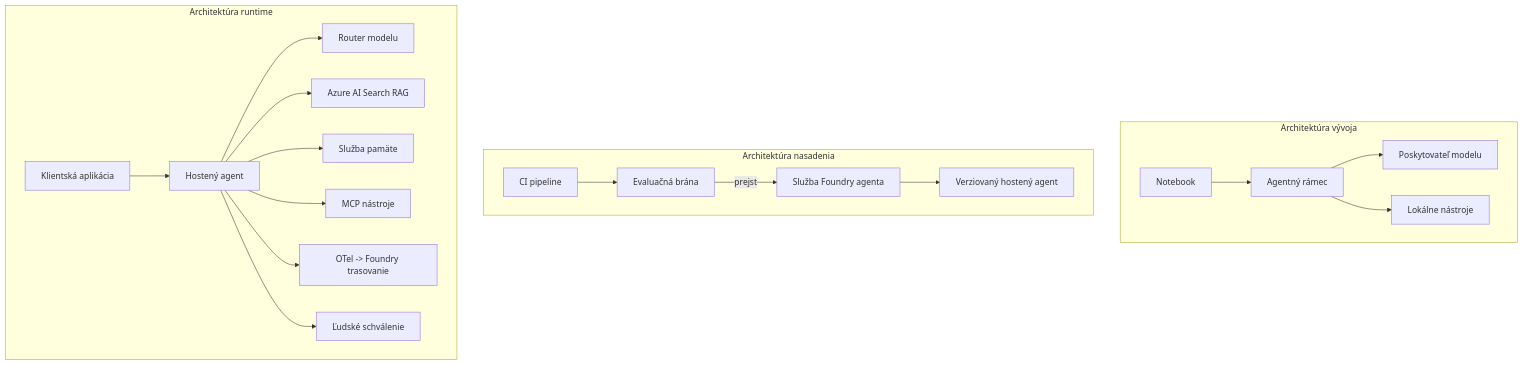
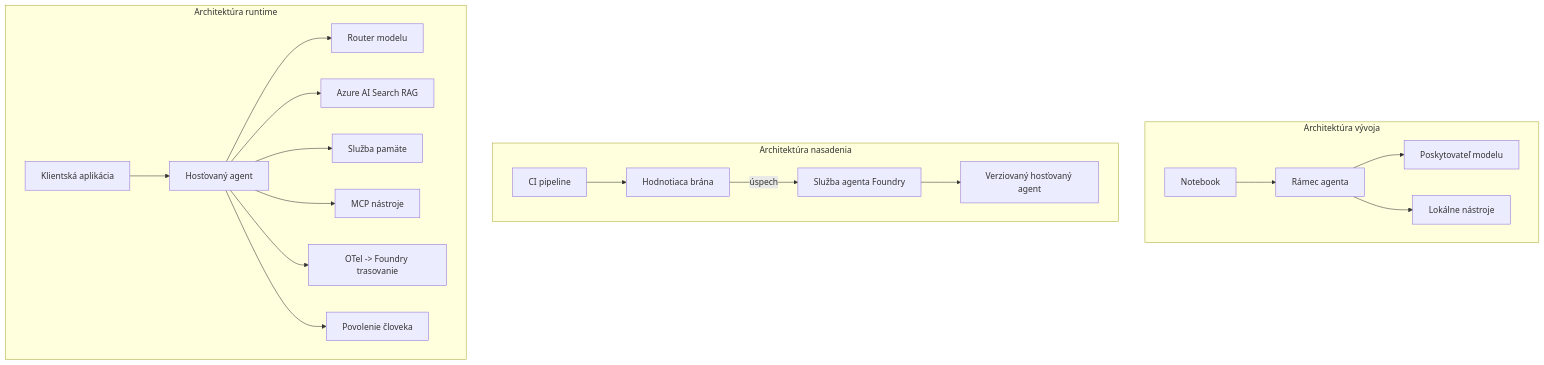
One commit to microsoft/ai-agents-for-beginners changed the fourth of 4 diagrams in translations/sk/16-deploying-scalable-agents/README.md. Above: the diagram before and after it, drawn with Mermaid. The commit also changed other lines of this file and 46 other files, not shown here.

````diff
--- a/translations/sk/16-deploying-scalable-agents/README.md
+++ b/translations/sk/16-deploying-scalable-agents/README.md
@@ -185,22 +185,22 @@
 ```mermaid
 flowchart TB
     subgraph Dev[Architektúra vývoja]
-        D1[Notebook] --> D2[Agentný rámec]
+        D1[Notebook] --> D2[Rámec agenta]
         D2 --> D3[Poskytovateľ modelu]
         D2 --> D4[Lokálne nástroje]
     end
     subgraph Deploy[Architektúra nasadenia]
-        E1[CI pipeline] --> E2[Evaluačná brána]
-        E2 -->|prejsť| E3[Služba Foundry agenta]
-        E3 --> E4[Verziovaný hostený agent]
+        E1[CI pipeline] --> E2[Hodnotiaca brána]
+        E2 -->|úspech| E3[Služba agenta Foundry]
+        E3 --> E4[Verziovaný hosťovaný agent]
     end
     subgraph Run[Architektúra runtime]
-        F1[Klientská aplikácia] --> F2[Hostený agent]
+        F1[Klientská aplikácia] --> F2[Hosťovaný agent]
         F2 --> F3[Router modelu]
         F2 --> F4[Azure AI Search RAG]
         F2 --> F5[Služba pamäte]
         F2 --> F6[MCP nástroje]
         F2 --> F7[OTel -> Foundry trasovanie]
-        F2 --> F8[Ľudské schválenie]
+        F2 --> F8[Povolenie človeka]
     end
 ```
````
